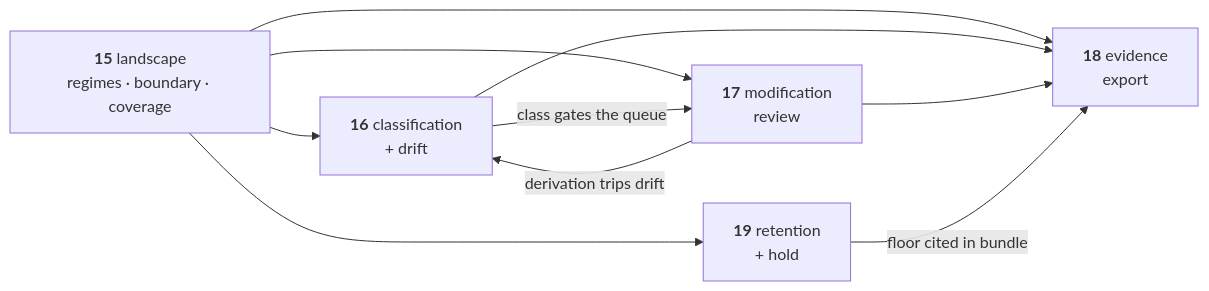
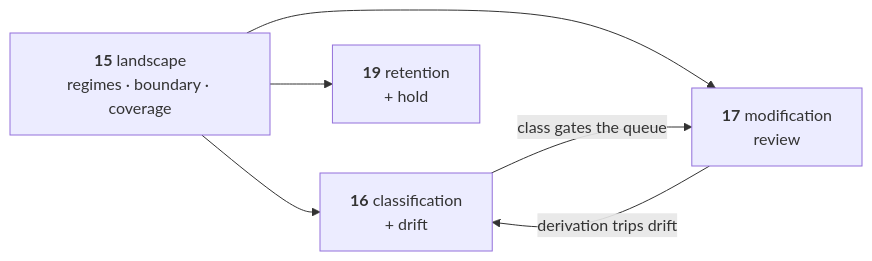
One commit to proseria-research/lineage changed the second of 2 diagrams in docs/15-regulatory-landscape.md. Above: the diagram before and after it, drawn with Mermaid. The commit also changed other lines of this file and 7 other files, not shown here.

First line of the commit message:
docs: remove references to the evidence-export specs

````diff
--- a/docs/15-regulatory-landscape.md
+++ b/docs/15-regulatory-landscape.md
@@ -260,13 +248,10 @@
 ```mermaid
 flowchart LR
     p["<b>15</b> landscape<br/>regimes · boundary · coverage"]
     c["<b>16</b> classification<br/>+ drift"]
     m["<b>17</b> modification<br/>review"]
-    e["<b>18</b> evidence<br/>export"]
     r["<b>19</b> retention<br/>+ hold"]
-    p --> c & m & e & r
+    p --> c & m & r
     c -->|"class gates the queue"| m
     m -->|"derivation trips drift"| c
-    c & m --> e
-    r -->|"floor cited in bundle"| e
 ```
````
